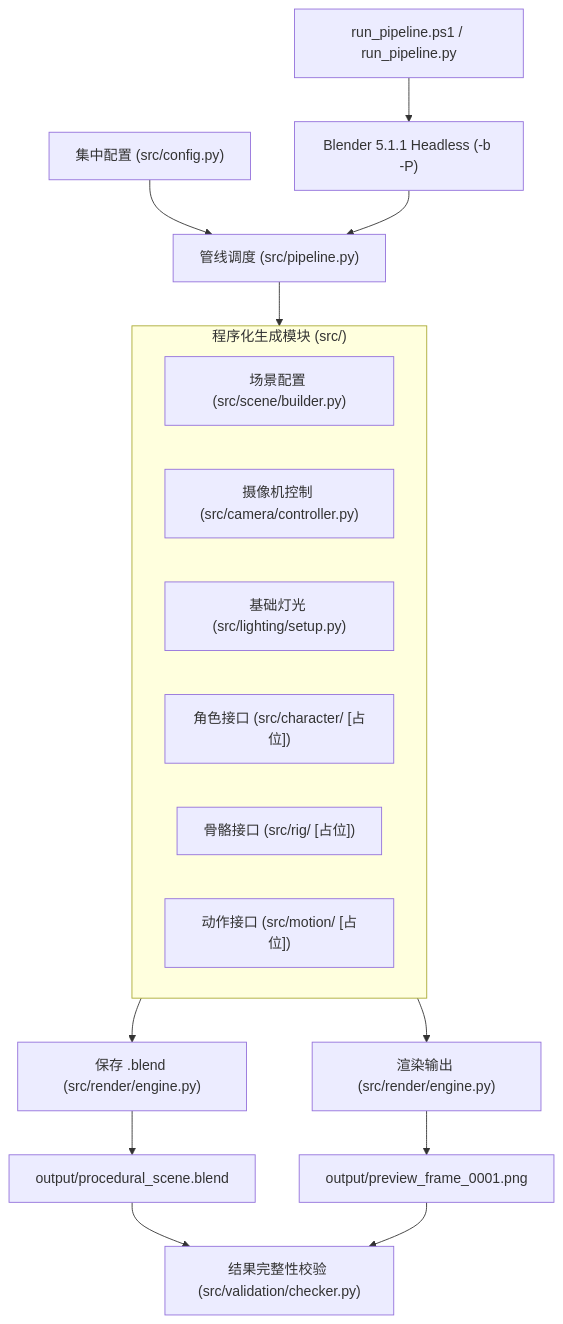
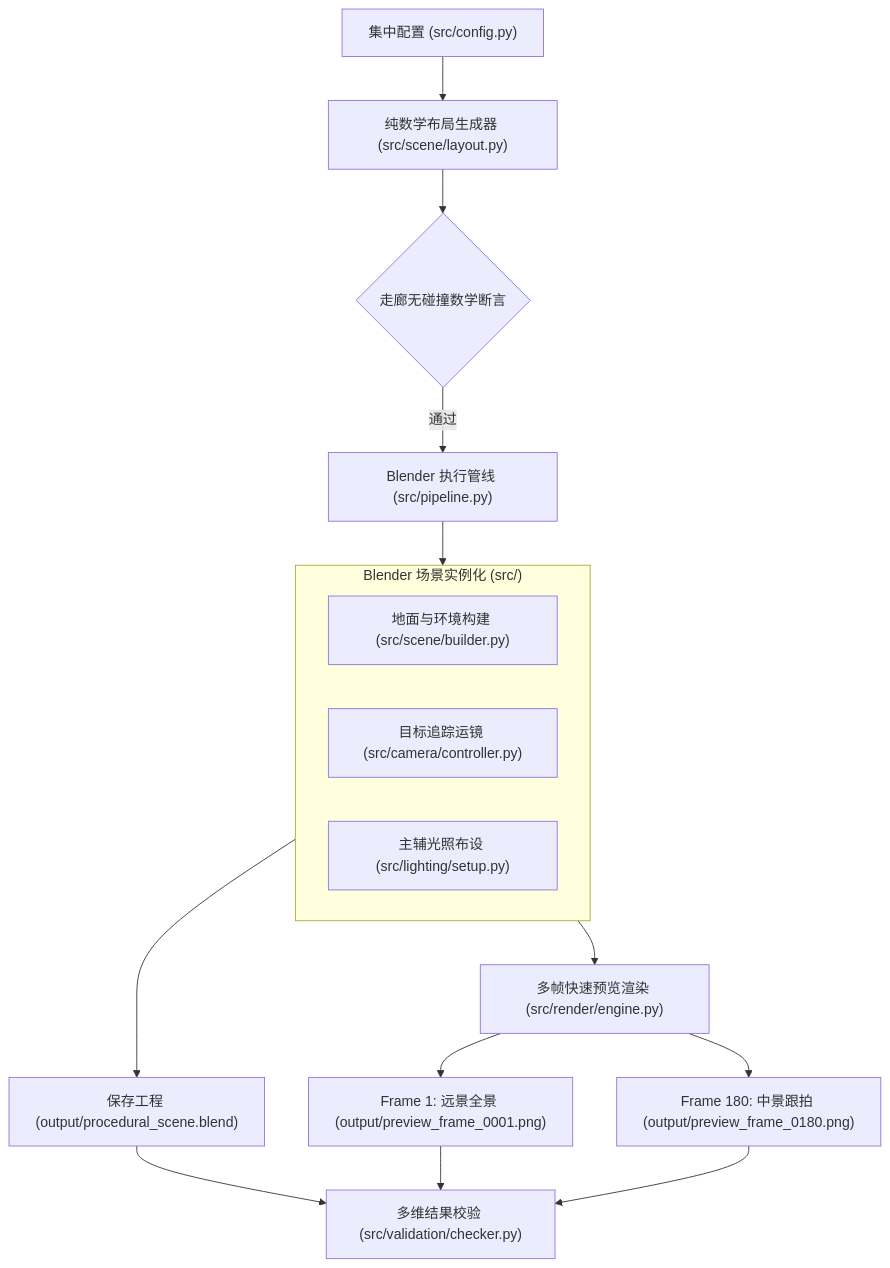
Before and after one commit to cgfe10231-ai/ProceduralAnimation: the diagram in ARCHITECTURE.md, drawn with Mermaid. The commit also changed other lines of this file and 18 other files, not shown here.

````diff
--- a/ARCHITECTURE.md
+++ b/ARCHITECTURE.md
@@ -10,25 +33,23 @@
 ```mermaid
 flowchart TD
-    Config["集中配置 (src/config.py)"] --> Pipeline["管线调度 (src/pipeline.py)"]
-    BlenderCLI["run_pipeline.ps1 / run_pipeline.py"] --> BlenderExec["Blender 5.1.1 Headless (-b -P)"]
-    BlenderExec --> Pipeline
+    Config["集中配置 (src/config.py)"] --> LayoutGen["纯数学布局生成器 (src/scene/layout.py)"]
+    LayoutGen --> CorridorCheck{"走廊无碰撞数学断言"}
+    CorridorCheck -->|通过| BlenderPipeline["Blender 执行管线 (src/pipeline.py)"]
     
-    subgraph CoreEngine["程序化生成模块 (src/)"]
-        SceneGen["场景配置 (src/scene/builder.py)"]
-        CamGen["摄像机控制 (src/camera/controller.py)"]
-        LightGen["基础灯光 (src/lighting/setup.py)"]
-        CharGen["角色接口 (src/character/ [占位])"]
-        RigGen["骨骼接口 (src/rig/ [占位])"]
-        MotionGen["动作接口 (src/motion/ [占位])"]
+    subgraph CoreEngine["Blender 场景实例化 (src/)"]
+        SceneBuild["地面与环境构建 (src/scene/builder.py)"]
+        CamBuild["目标追踪运镜 (src/camera/controller.py)"]
+        LightBuild["主辅光照布设 (src/lighting/setup.py)"]
     end
     
-    Pipeline --> CoreEngine
-    CoreEngine --> BlendSave["保存 .blend (src/render/engine.py)"]
-    CoreEngine --> RenderOut["渲染输出 (src/render/engine.py)"]
+    BlenderPipeline --> CoreEngine
+    CoreEngine --> BlendOut["保存工程 (output/procedural_scene.blend)"]
+    CoreEngine --> RenderOut["多帧快速预览渲染 (src/render/engine.py)"]
     
-    BlendSave --> OutDir["output/procedural_scene.blend"]
-    RenderOut --> PreviewPic["output/preview_frame_0001.png"]
+    RenderOut --> Preview1["Frame 1: 远景全景 (output/preview_frame_0001.png)"]
+    RenderOut --> Preview180["Frame 180: 中景跟拍 (output/preview_frame_0180.png)"]
     
-    OutDir --> Validator["结果完整性校验 (src/validation/checker.py)"]
-    PreviewPic --> Validator
+    BlendOut --> Validator["多维结果校验 (src/validation/checker.py)"]
+    Preview1 --> Validator
+    Preview180 --> Validator
 ```
````
